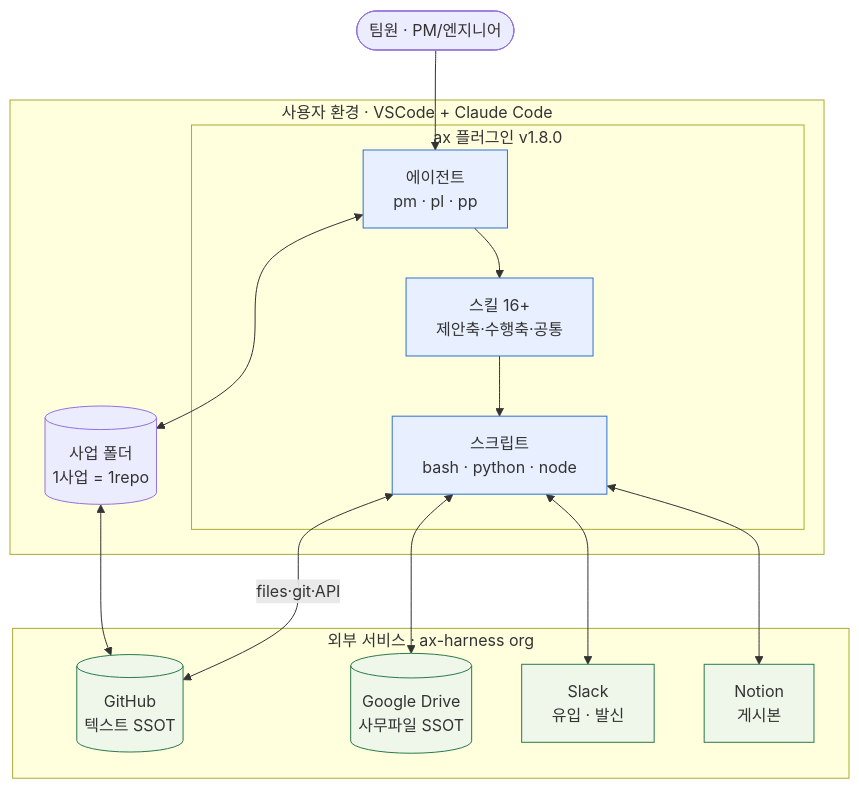
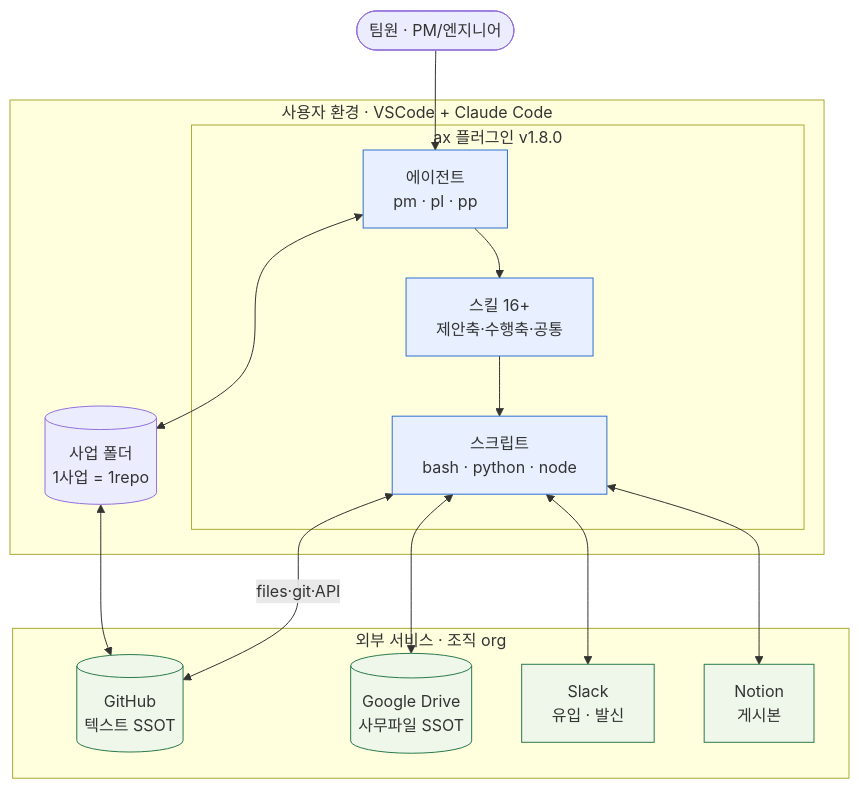
One commit to hank-netpg/proj-sync-harness changed the first of 10 diagrams in docs/DIAGRAMS.md. Above: the diagram before and after it, drawn with Mermaid. The commit also changed other lines of this file and 21 other files, not shown here.

````diff
--- a/docs/DIAGRAMS.md
+++ b/docs/DIAGRAMS.md
@@ -33,30 +33,30 @@
 ```mermaid
 flowchart TB
     U([팀원 · PM/엔지니어])
     subgraph CLIENT["사용자 환경 · VSCode + Claude Code"]
         subgraph AX["ax 플러그인 v1.8.0"]
             AG["에이전트<br/>pm · pl · pp"]
             SK["스킬 16+<br/>제안축·수행축·공통"]
             SCR["스크립트<br/>bash · python · node"]
         end
         PROJ[("사업 폴더<br/>1사업 = 1repo")]
     end
-    subgraph EXT["외부 서비스 · ax-harness org"]
+    subgraph EXT["외부 서비스 · 조직 org"]
         GH[("GitHub<br/>텍스트 SSOT")]
         GD[("Google Drive<br/>사무파일 SSOT")]
         SL["Slack<br/>유입 · 발신"]
         NT["Notion<br/>게시본"]
     end
     U --> AG
     AG --> SK --> SCR
     AG <--> PROJ
     SCR <-->|"files·git·API"| GH
     SCR <--> GD
     SCR <--> SL
     SCR <--> NT
     PROJ <--> GH
     classDef ax fill:#e8f0ff,stroke:#2f6fd0
     classDef ext fill:#eef7ea,stroke:#2b7a4b
     class AG,SK,SCR ax
     class GH,GD,SL,NT ext
 ```
````
